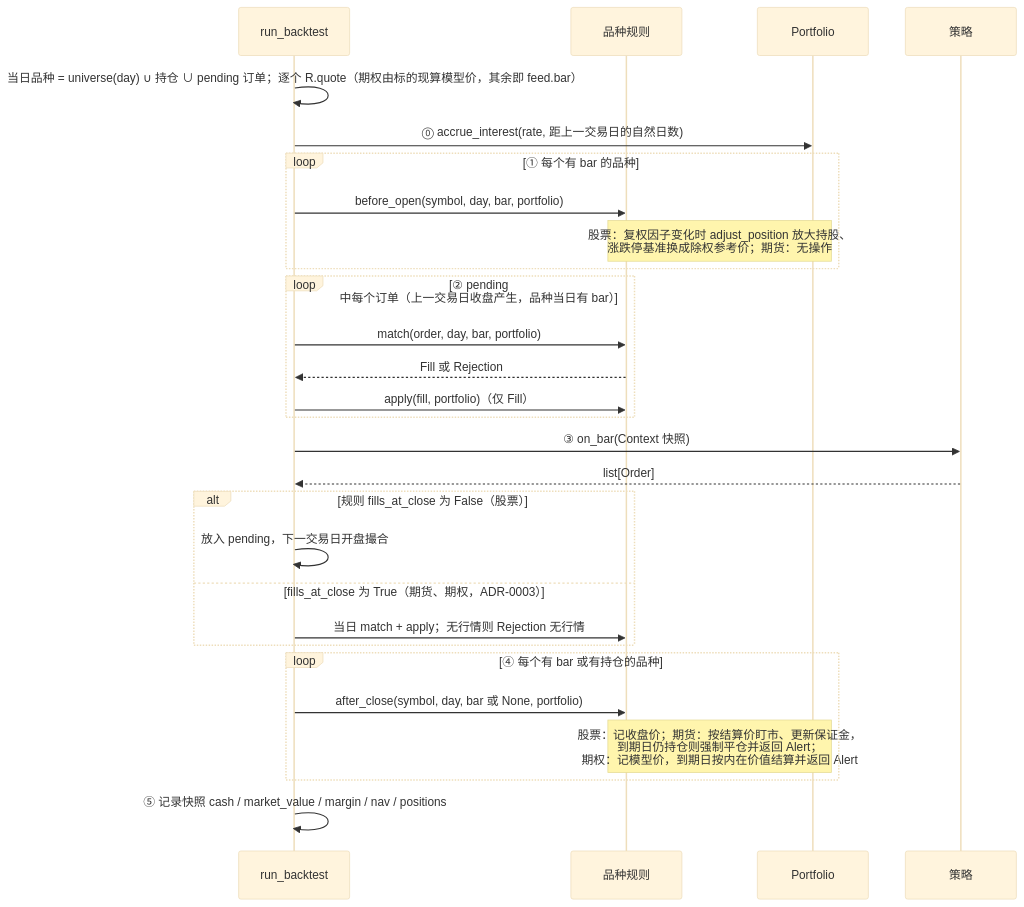
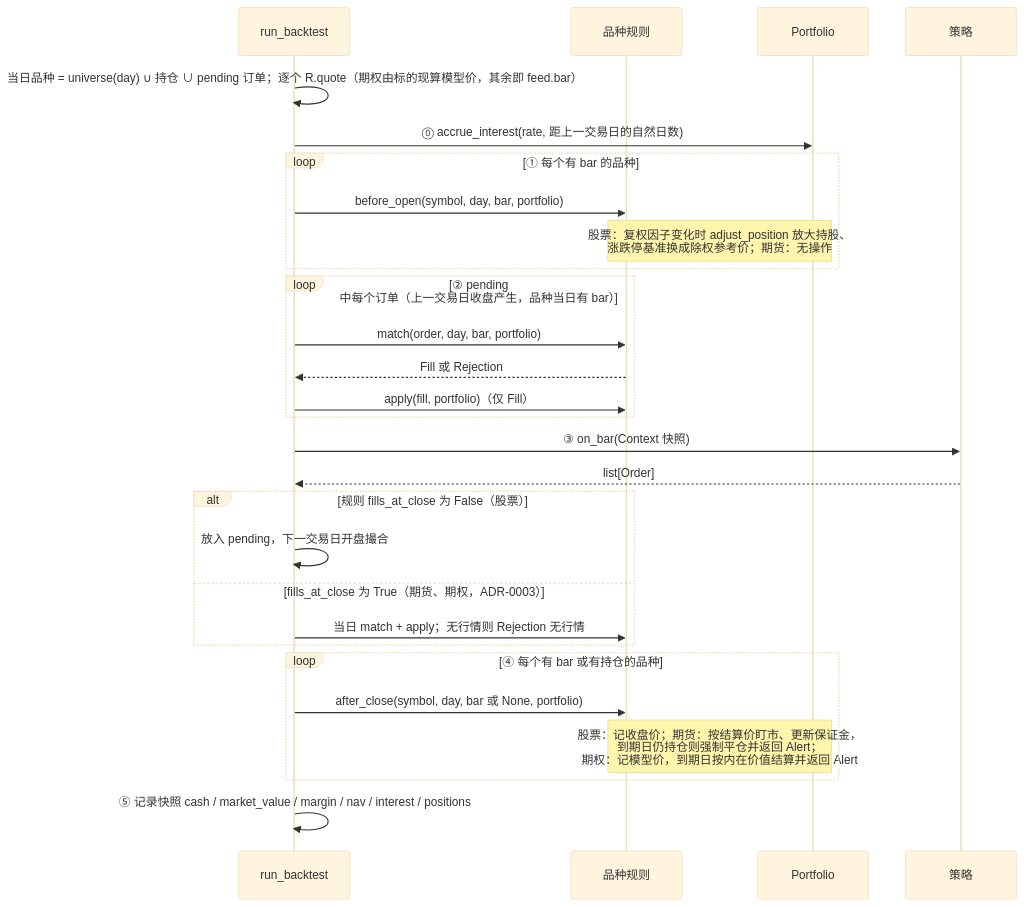
The seventh of 27 diagrams in docs/code-walkthrough.md (guevara12345/quant), drawn with Mermaid (base theme) before and after one commit. The commit also changed other lines of this file and 16 other files, not shown here.

````diff
--- a/docs/code-walkthrough.md
+++ b/docs/code-walkthrough.md
@@ -510,31 +526,31 @@
 ```mermaid
 sequenceDiagram
     participant E as run_backtest
     participant R as 品种规则
     participant P as Portfolio
     participant ST as 策略
 
     E->>E: 当日品种 = universe(day) ∪ 持仓 ∪ pending 订单；逐个 R.quote（期权由标的现算模型价，其余即 feed.bar）
     E->>P: ⓪ accrue_interest(rate, 距上一交易日的自然日数)
     loop ① 每个有 bar 的品种
         E->>R: before_open(symbol, day, bar, portfolio)
         Note over R,P: 股票：复权因子变化时 adjust_position 放大持股、<br/>涨跌停基准换成除权参考价；期货：无操作
     end
     loop ② pending 中每个订单（上一交易日收盘产生，品种当日有 bar）
         E->>R: match(order, day, bar, portfolio)
         R-->>E: Fill 或 Rejection
         E->>R: apply(fill, portfolio)（仅 Fill）
     end
     E->>ST: ③ on_bar(Context 快照)
     ST-->>E: list[Order]
     alt 规则 fills_at_close 为 False（股票）
         E->>E: 放入 pending，下一交易日开盘撮合
     else fills_at_close 为 True（期货、期权，ADR-0003）
         E->>R: 当日 match + apply；无行情则 Rejection 无行情
     end
     loop ④ 每个有 bar 或有持仓的品种
         E->>R: after_close(symbol, day, bar 或 None, portfolio)
         Note over R,P: 股票：记收盘价；期货：按结算价盯市、更新保证金，<br/>到期日仍持仓则强制平仓并返回 Alert；<br/>期权：记模型价，到期日按内在价值结算并返回 Alert
     end
-    E->>E: ⑤ 记录快照 cash / market_value / margin / nav / positions
+    E->>E: ⑤ 记录快照 cash / market_value / margin / nav / interest / positions
 ```
````
